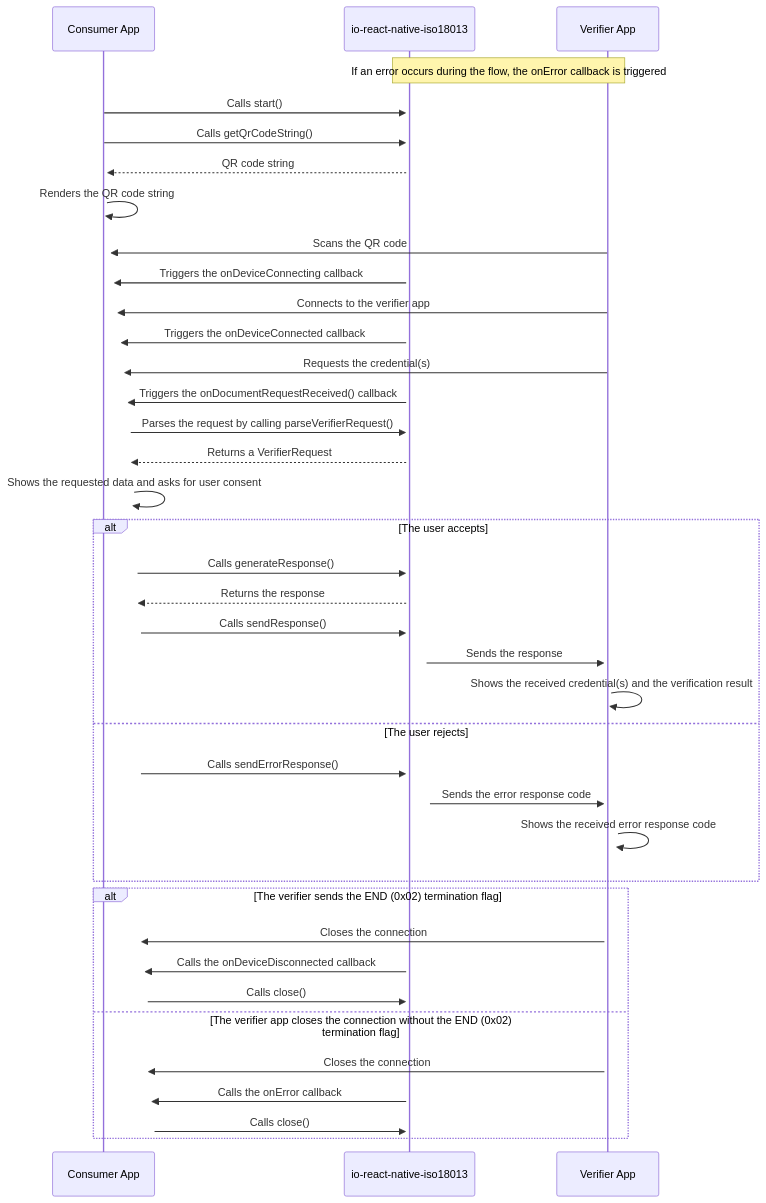
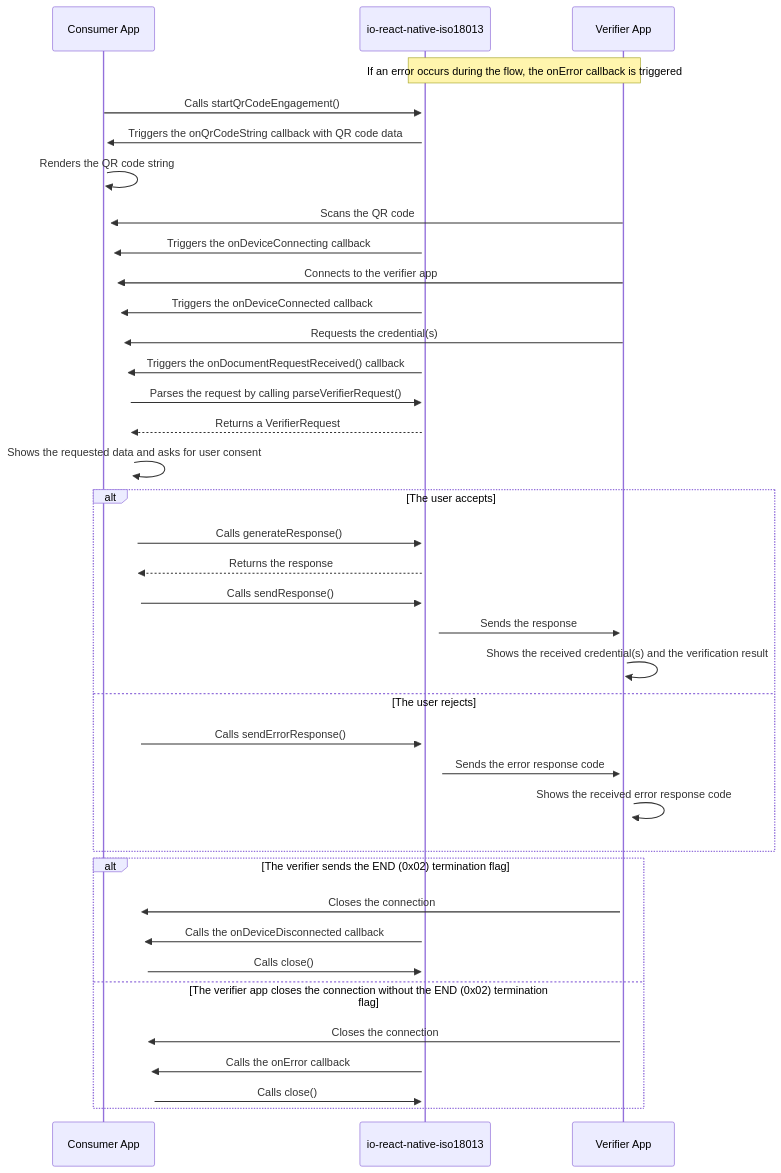
Before and after one commit to pagopa/io-react-native-iso18013: the second of 2 diagrams in src/iso18013/iso18013-5/README.md, drawn with Mermaid. The commit also changed other lines of this file and 5 other files, not shown here.

````diff
--- a/src/iso18013/iso18013-5/README.md
+++ b/src/iso18013/iso18013-5/README.md
@@ -277,41 +306,40 @@
 ```mermaid
 sequenceDiagram
     participant app as Consumer App
     participant proximity as io-react-native-iso18013
     participant verifier as Verifier App
 
     Note over proximity, verifier: If an error occurs during the flow, the onError callback is triggered
-    app->>+proximity: Calls start()
-    app->>+proximity: Calls getQrCodeString()
-    proximity-->>+app: QR code string
+    app->>+proximity: Calls startQrCodeEngagement()
+    proximity->>+app: Triggers the onQrCodeString callback with QR code data
     app->>+app: Renders the QR code string
     verifier->>+app: Scans the QR code
     proximity->>+app: Triggers the onDeviceConnecting callback
     verifier->>+app: Connects to the verifier app
     proximity->>+app: Triggers the onDeviceConnected callback
     verifier->>+app: Requests the credential(s)
     proximity->>+app: Triggers the onDocumentRequestReceived() callback
     app->>+proximity: Parses the request by calling parseVerifierRequest()
     proximity-->>+app: Returns a VerifierRequest
     app->>+app: Shows the requested data and asks for user consent
     alt The user accepts
         app->>+proximity: Calls generateResponse()
         proximity-->>+app: Returns the response
         app->>+proximity: Calls sendResponse()
         proximity->>+verifier: Sends the response
         verifier->>+verifier: Shows the received credential(s) and the verification result
     else The user rejects
         app->>+proximity: Calls sendErrorResponse()
         proximity->>+verifier: Sends the error response code
         verifier->>+verifier: Shows the received error response code
     end
     alt The verifier sends the END (0x02) termination flag
       verifier->>+app: Closes the connection
       proximity->>+app: Calls the onDeviceDisconnected callback
       app->>+proximity: Calls close()
     else The verifier app closes the connection without the END (0x02) termination flag
       verifier->>+app: Closes the connection
       proximity->>+app: Calls the onError callback
       app->>+proximity: Calls close()
     end
 ```
````
